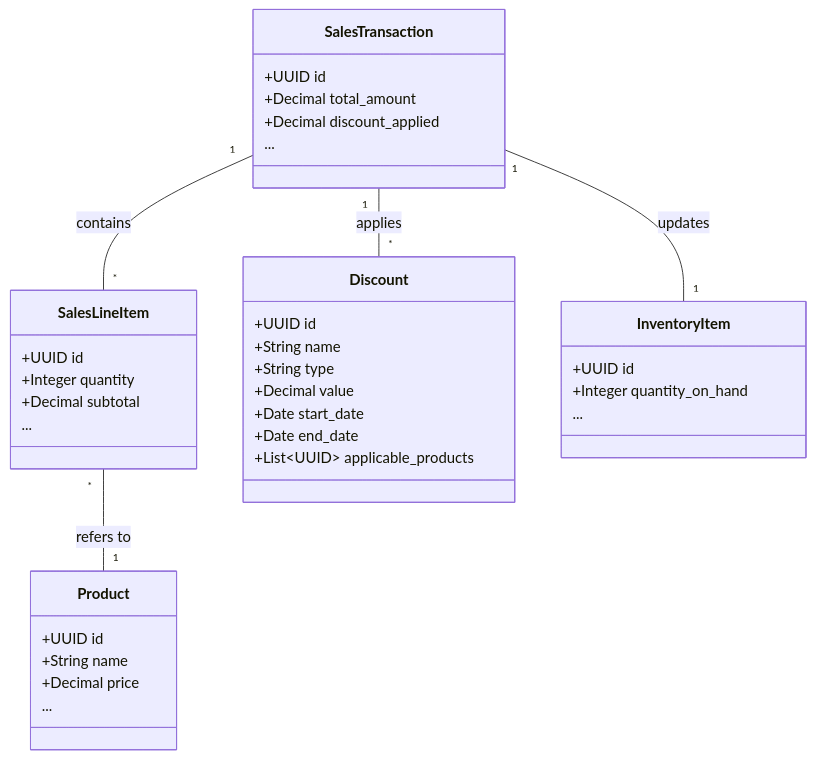
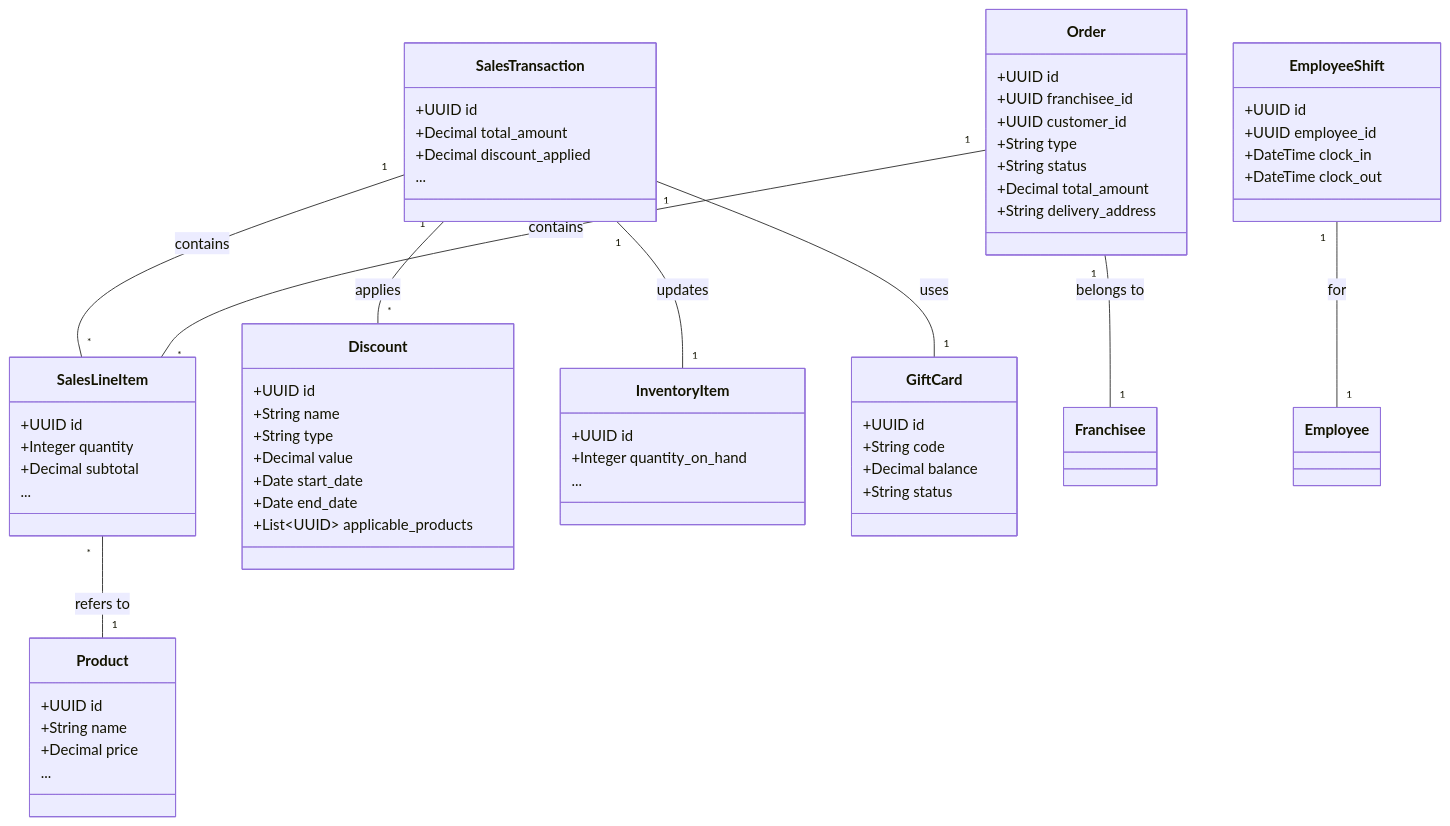
Before and after one commit to lohnxongmixay/LazyFranchisor: the seventh of 10 diagrams in docs/Software_Features_Technical_Data.md, drawn with Mermaid. The commit also changed other lines of this file and 4 other files, not shown here.

Commit message:
Docs: Updated all documentation with expanded features and roadmap

````diff
--- a/docs/Software_Features_Technical_Data.md
+++ b/docs/Software_Features_Technical_Data.md
@@ -257,40 +310,65 @@
         ```mermaid
         classDiagram
             class SalesTransaction {
                 +UUID id
                 +Decimal total_amount
                 +Decimal discount_applied
                 ...
             }
             class SalesLineItem {
                 +UUID id
                 +Integer quantity
                 +Decimal subtotal
                 ...
             }
             class Product {
                 +UUID id
                 +String name
                 +Decimal price
                 ...
             }
             class Discount {
                 +UUID id
                 +String name
                 +String type
                 +Decimal value
                 +Date start_date
                 +Date end_date
                 +List~UUID~ applicable_products
             }
             class InventoryItem {
                 +UUID id
                 +Integer quantity_on_hand
                 ...
             }
+            class Order {
+                +UUID id
+                +UUID franchisee_id
+                +UUID customer_id
+                +String type
+                +String status
+                +Decimal total_amount
+                +String delivery_address
+            }
+            class EmployeeShift {
+                +UUID id
+                +UUID employee_id
+                +DateTime clock_in
+                +DateTime clock_out
+            }
+            class GiftCard {
+                +UUID id
+                +String code
+                +Decimal balance
+                +String status
+            }
 
             SalesTransaction "1" -- "*" SalesLineItem : contains
             SalesLineItem "*" -- "1" Product : refers to
             SalesTransaction "1" -- "*" Discount : applies
             SalesTransaction "1" -- "1" InventoryItem : updates
+            Order "1" -- "*" SalesLineItem : contains
+            Order "1" -- "1" Franchisee : belongs to
+            EmployeeShift "1" -- "1" Employee : for
+            SalesTransaction "1" -- "1" GiftCard : uses
         ```
````
